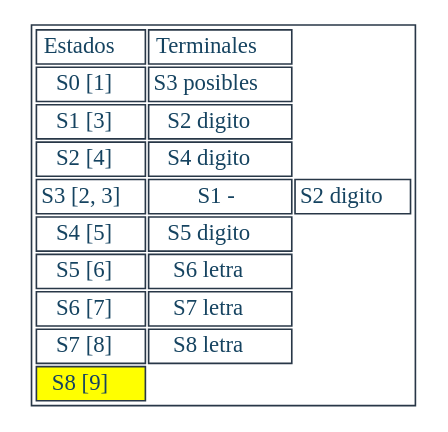
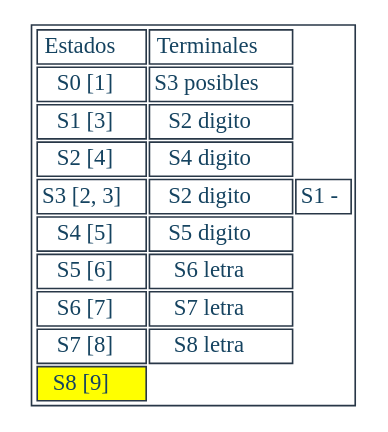
The diagram in Regexive/archivos/TRANSICIONES_201901557/P1.dot (JeffMendez/OCL_Proyecto1_201901557), drawn with Graphviz before and after one commit. The commit also changed 36 other files, not shown here.

```diff
--- a/Regexive/archivos/TRANSICIONES_201901557/P1.dot
+++ b/Regexive/archivos/TRANSICIONES_201901557/P1.dot
@@ -1,14 +1,14 @@
 digraph T {
 aHtmlTable [
    shape=plaintext
    color="#283747" fontcolor="#154360" label=<
 
    <table border='1' cellborder='1'>
    <tr>
       <td>Estados</td>
       <td>Terminales</td>
-   </tr><tr><td>S0 [1]</td><td>S3 posibles</td></tr><tr><td>S1 [3]</td><td>S2 digito</td></tr><tr><td>S2 [4]</td><td>S4 digito</td></tr><tr><td>S3 [2, 3]</td><td>S1 -</td><td>S2 digito</td></tr><tr><td>S4 [5]</td><td>S5 digito</td></tr><tr><td>S5 [6]</td><td>S6 letra</td></tr><tr><td>S6 [7]</td><td>S7 letra</td></tr><tr><td>S7 [8]</td><td>S8 letra</td></tr><tr><td bgcolor="yellow"> S8 [9]</td></tr></table>
+   </tr><tr><td>S0 [1]</td><td>S3 posibles</td></tr><tr><td>S1 [3]</td><td>S2 digito</td></tr><tr><td>S2 [4]</td><td>S4 digito</td></tr><tr><td>S3 [2, 3]</td><td>S2 digito</td><td>S1 -</td></tr><tr><td>S4 [5]</td><td>S5 digito</td></tr><tr><td>S5 [6]</td><td>S6 letra</td></tr><tr><td>S6 [7]</td><td>S7 letra</td></tr><tr><td>S7 [8]</td><td>S8 letra</td></tr><tr><td bgcolor="yellow"> S8 [9]</td></tr></table>
 
    >]; 
 
 }
```
